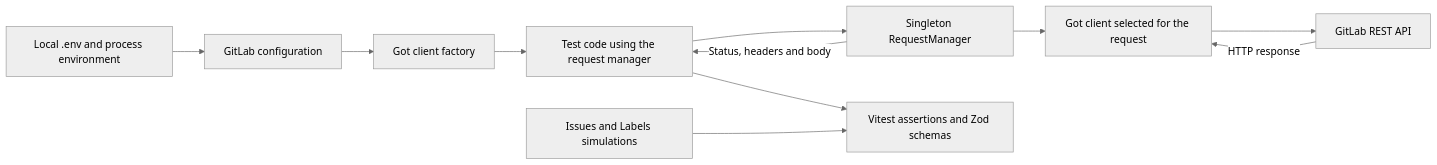
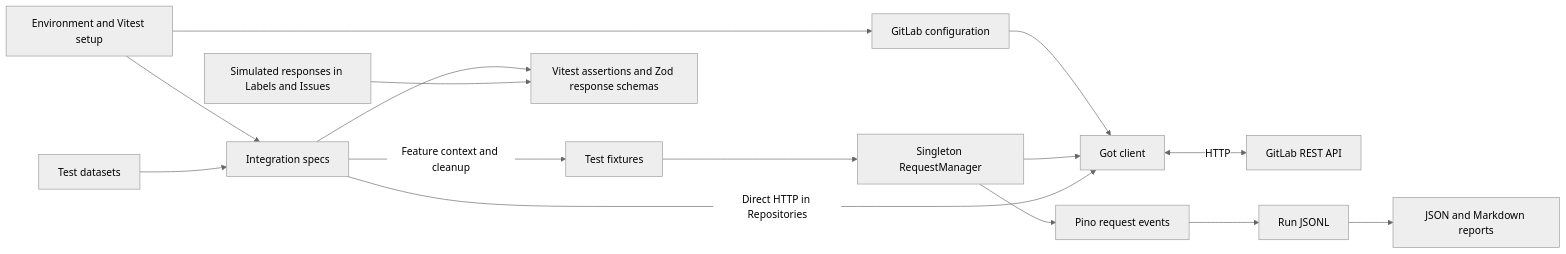
One commit to sqe3-organization/sqe3-2026-group4 changed the first of 2 diagrams in wiki/labs/l4/architecture.md. Above: the diagram before and after it, drawn with Mermaid (neutral theme). The commit also changed other lines of this file and 3 other files, not shown here.

````diff
--- a/wiki/labs/l4/architecture.md
+++ b/wiki/labs/l4/architecture.md
@@ -7,13 +7,17 @@
 ```mermaid
 flowchart LR
-  Env["Local .env and process environment"] --> Config["GitLab configuration"]
-  Config --> Client["Got client factory"]
-  Client --> Suite["Test code using the request manager"]
-  Suite --> Manager["Singleton RequestManager"]
-  Manager --> Got["Got client selected for the request"]
-  Got --> API["GitLab REST API"]
-  API -->|HTTP response| Got
-  Manager -->|Status, headers and body| Suite
-  Suite --> Checks["Vitest assertions and Zod schemas"]
-  Simulated["Issues and Labels simulations"] --> Checks
+  setup["Environment and Vitest setup"] --> specs["Integration specs"]
+  setup --> config["GitLab configuration"]
+  config --> client["Got client"]
+  data["Test datasets"] --> specs
+  specs -->|"Feature context and cleanup"| fixtures["Test fixtures"]
+  fixtures --> manager["Singleton RequestManager"]
+  manager --> client
+  specs -->|"Direct HTTP in Repositories"| client
+  client <-->|"HTTP"| gitlab["GitLab REST API"]
+  specs --> contracts["Vitest assertions and Zod response schemas"]
+  simulated["Simulated responses in Labels and Issues"] --> contracts
+  manager --> logger["Pino request events"]
+  logger --> runLog["Run JSONL"]
+  runLog --> reports["JSON and Markdown reports"]
 ```
````
